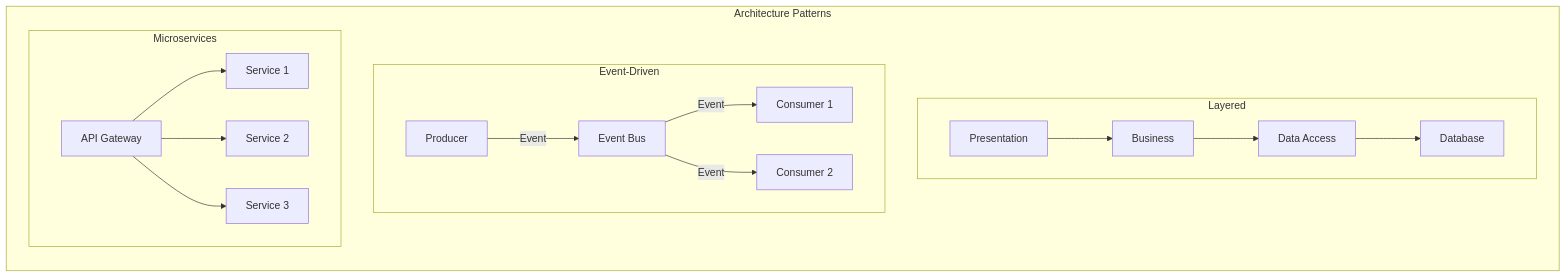
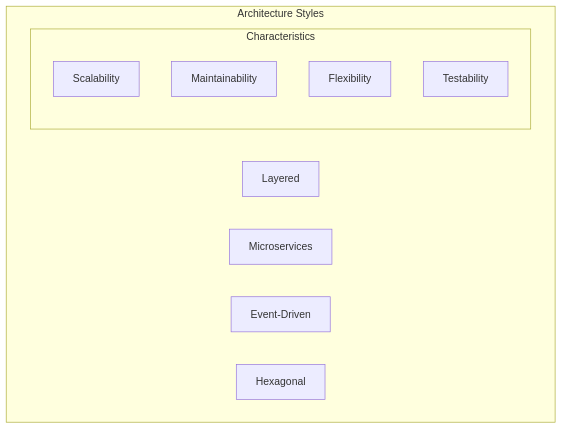
The third of 7 diagrams in src/System_Design_Principles_and_Patterns.md (saravanakumarrc/Architecture_Journey), drawn with Mermaid before and after one commit. The commit also changed other lines of this file and 4 other files, not shown here.

````diff
--- a/src/System_Design_Principles_and_Patterns.md
+++ b/src/System_Design_Principles_and_Patterns.md
@@ -343,24 +112,16 @@
 ```mermaid
-flowchart TB
-    subgraph "Architecture Patterns"
-        direction TB
+graph TB
+    subgraph "Architecture Styles"
+        L[Layered]
+        M[Microservices]
+        E[Event-Driven]
+        H[Hexagonal]
         
-        subgraph "Layered"
-            L1[Presentation] --> L2[Business]
-            L2 --> L3[Data Access]
-            L3 --> L4[Database]
-        end
-        
-        subgraph "Event-Driven"
-            E1[Producer] -->|Event| E2[Event Bus]
-            E2 -->|Event| E3[Consumer 1]
-            E2 -->|Event| E4[Consumer 2]
-        end
-        
-        subgraph "Microservices"
-            M1[API Gateway] --> M2[Service 1]
-            M1 --> M3[Service 2]
-            M1 --> M4[Service 3]
+        subgraph "Characteristics"
+            SC[Scalability]
+            MT[Maintainability]
+            FL[Flexibility]
+            TS[Testability]
         end
     end
 ```
````
